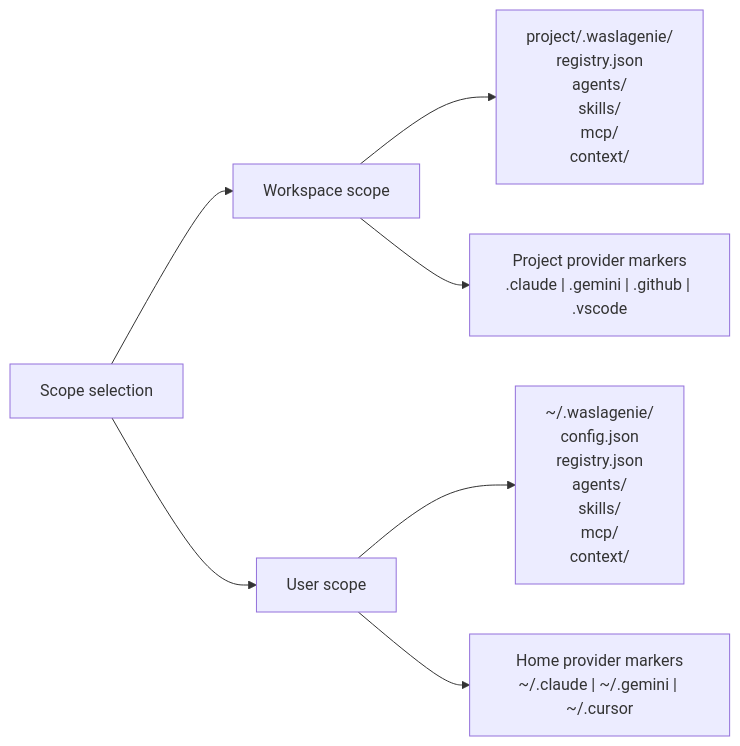
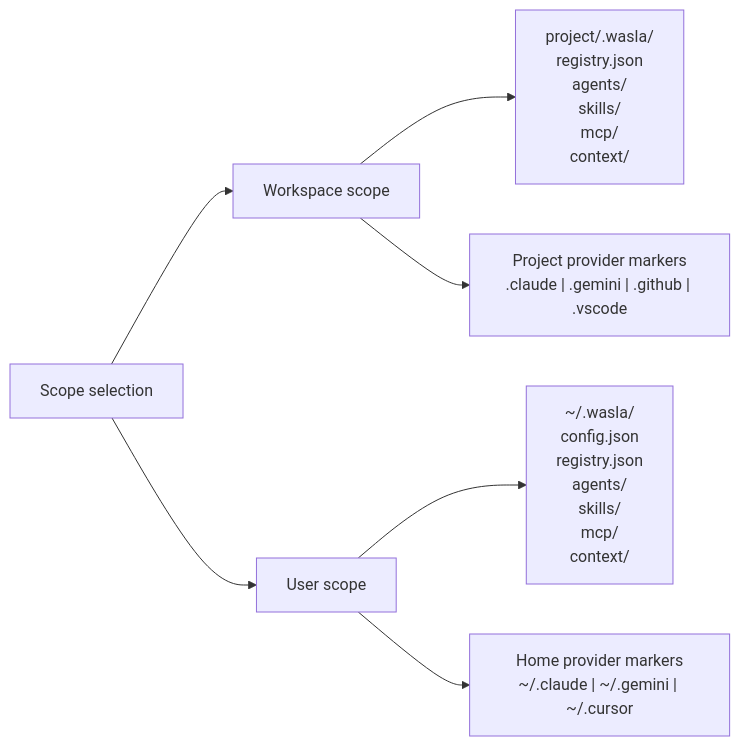
One commit to The-Untitled-Org/wasla changed the first of 2 diagrams in docs/docs/architecture/scopes-and-registry.md. Above: the diagram before and after it, drawn with Mermaid. The commit also changed other lines of this file and 76 other files, not shown here.

````diff
--- a/docs/docs/architecture/scopes-and-registry.md
+++ b/docs/docs/architecture/scopes-and-registry.md
@@ -11,17 +11,17 @@
 ```mermaid
 flowchart LR
     Scope["Scope selection"]
     Workspace["Workspace scope"]
     User["User scope"]
-    WorkspaceRegistry["project/.waslagenie/<br/>registry.json<br/>agents/<br/>skills/<br/>mcp/<br/>context/"]
+    WorkspaceRegistry["project/.wasla/<br/>registry.json<br/>agents/<br/>skills/<br/>mcp/<br/>context/"]
     WorkspaceProviders["Project provider markers<br/>.claude | .gemini | .github | .vscode"]
-    UserRegistry["~/.waslagenie/<br/>config.json<br/>registry.json<br/>agents/<br/>skills/<br/>mcp/<br/>context/"]
+    UserRegistry["~/.wasla/<br/>config.json<br/>registry.json<br/>agents/<br/>skills/<br/>mcp/<br/>context/"]
     UserProviders["Home provider markers<br/>~/.claude | ~/.gemini | ~/.cursor"]
 
     Scope --> Workspace
     Scope --> User
     Workspace --> WorkspaceRegistry
     Workspace --> WorkspaceProviders
     User --> UserRegistry
     User --> UserProviders
 ```
````
